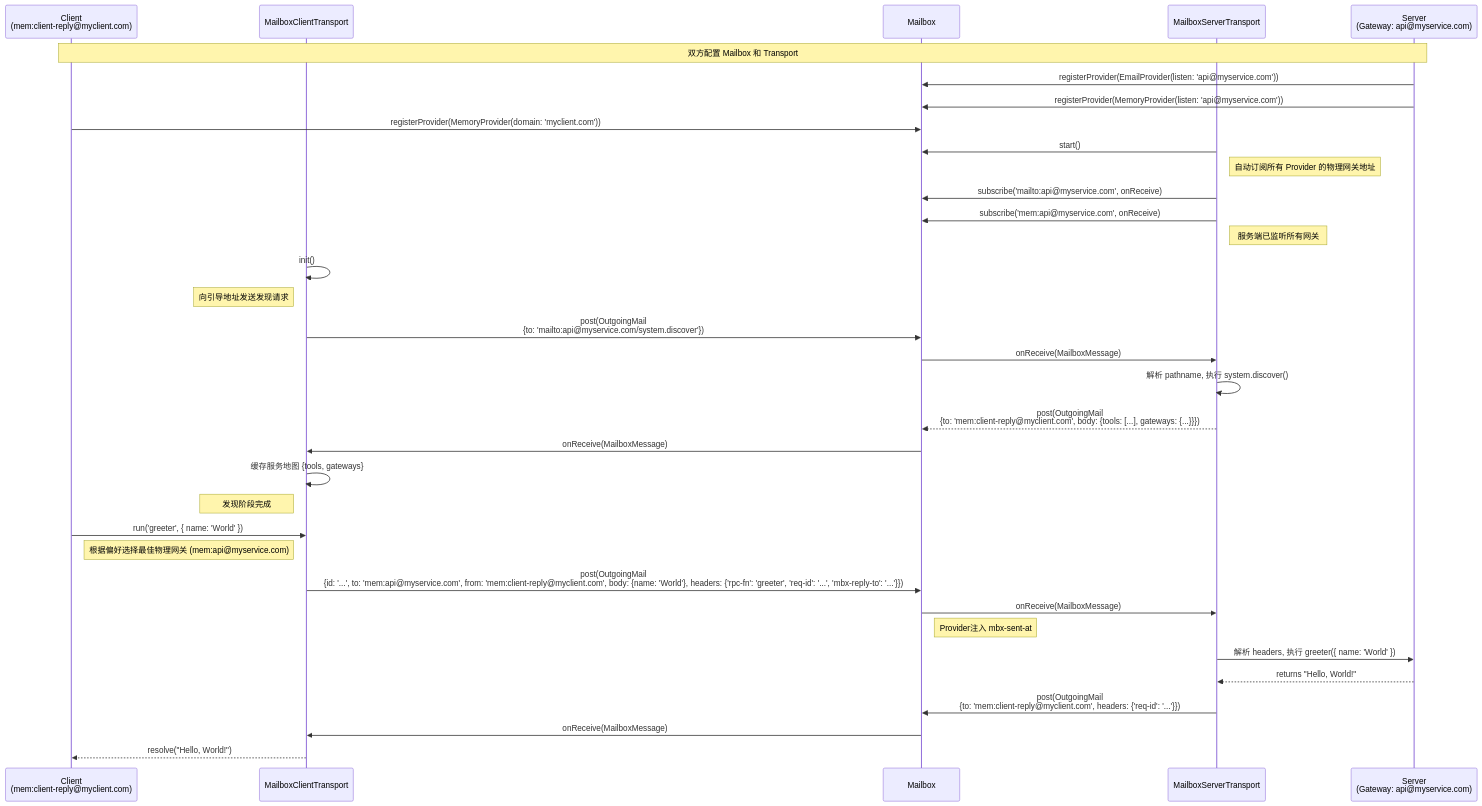
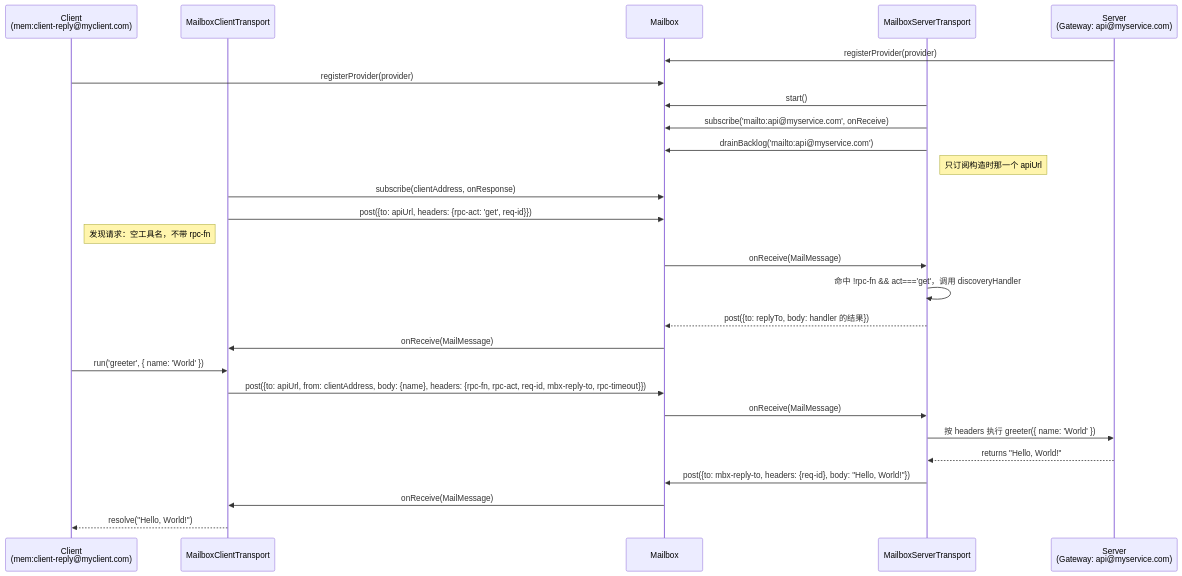
Before and after one commit to isdk/tool-rpc.js: the diagram in mailbox-tool-rpc-integration.md, drawn with Mermaid. The commit also changed other lines of this file and 2 other files, not shown here.

First line of the commit message:
docs(transports): sync the mailbox guide with the code, keep unimplemented designs as design items

````diff
--- a/mailbox-tool-rpc-integration.md
+++ b/mailbox-tool-rpc-integration.md
@@ -380,47 +195,34 @@
 ```mermaid
 sequenceDiagram
     participant Client as Client<br>(mem:client-reply@myclient.com)
     participant C_Transport as MailboxClientTransport
     participant Mailbox
     participant S_Transport as MailboxServerTransport
     participant Server as Server<br>(Gateway: api@myservice.com)
 
-    %% Configuration Phase
-    note over Client,Server: 双方配置 Mailbox 和 Transport
-    Server->>Mailbox: registerProvider(EmailProvider(listen: 'api@myservice.com'))
-    Server->>Mailbox: registerProvider(MemoryProvider(listen: 'api@myservice.com'))
-    Client->>Mailbox: registerProvider(MemoryProvider(domain: 'myclient.com'))
+    Server->>Mailbox: registerProvider(provider)
+    Client->>Mailbox: registerProvider(provider)
 
-    %% Server Start & Gateway Subscription
     S_Transport->>Mailbox: start()
-    note right of S_Transport: 自动订阅所有 Provider 的物理网关地址
     S_Transport->>Mailbox: subscribe('mailto:api@myservice.com', onReceive)
-    S_Transport->>Mailbox: subscribe('mem:api@myservice.com', onReceive)
-    note right of S_Transport: 服务端已监听所有网关
+    S_Transport->>Mailbox: drainBacklog('mailto:api@myservice.com')
+    note right of S_Transport: 只订阅构造时那一个 apiUrl
 
-    %% Client Init & Discovery Phase
-    C_Transport->>C_Transport: init()
-    note left of C_Transport: 向引导地址发送发现请求
-    C_Transport->>Mailbox: post(OutgoingMail<br>{to: 'mailto:api@myservice.com/system.discover'})
-    Mailbox->>S_Transport: onReceive(MailboxMessage)
-    S_Transport->>S_Transport: 解析 pathname, 执行 system.discover()
-    S_Transport-->>Mailbox: post(OutgoingMail<br>{to: 'mem:client-reply@myclient.com', body: {tools: [...], gateways: {...}}})
-    Mailbox->>C_Transport: onReceive(MailboxMessage)
-    C_Transport->>C_Transport: 缓存服务地图 {tools, gateways}
-    note left of C_Transport: 发现阶段完成
+    C_Transport->>Mailbox: subscribe(clientAddress, onResponse)
+    C_Transport->>Mailbox: post({to: apiUrl, headers: {rpc-act: 'get', req-id}})
+    note left of C_Transport: 发现请求：空工具名，不带 rpc-fn
+    Mailbox->>S_Transport: onReceive(MailMessage)
+    S_Transport->>S_Transport: 命中 !rpc-fn && act==='get'，调用 discoveryHandler
+    S_Transport-->>Mailbox: post({to: replyTo, body: handler 的结果})
+    Mailbox->>C_Transport: onReceive(MailMessage)
 
-    %% Invocation Phase (e.g., greeter tool)
     Client->>C_Transport: run('greeter', { name: 'World' })
-    note left of C_Transport: 根据偏好选择最佳物理网关 (mem:api@myservice.com)
-    C_Transport->>Mailbox: post(OutgoingMail<br>{id: '...', to: 'mem:api@myservice.com', from: 'mem:client-reply@myclient.com', body: {name: 'World'}, headers: {'rpc-fn': 'greeter', 'req-id': '...', 'mbx-reply-to': '...'}})
-
-    Mailbox->>S_Transport: onReceive(MailboxMessage)
-    note right of Mailbox: Provider注入 mbx-sent-at
-    S_Transport->>Server: 解析 headers, 执行 greeter({ name: 'World' })
+    C_Transport->>Mailbox: post({to: apiUrl, from: clientAddress, body: {name}, headers: {rpc-fn, rpc-act, req-id, mbx-reply-to, rpc-timeout}})
+    Mailbox->>S_Transport: onReceive(MailMessage)
+    S_Transport->>Server: 按 headers 执行 greeter({ name: 'World' })
     Server-->>S_Transport: returns "Hello, World!"
 
-    %% Response Phase
-    S_Transport->>Mailbox: post(OutgoingMail<br>{to: 'mem:client-reply@myclient.com', headers: {'req-id': '...'}})
-    Mailbox->>C_Transport: onReceive(MailboxMessage)
+    S_Transport->>Mailbox: post({to: mbx-reply-to, headers: {req-id}, body: "Hello, World!"})
+    Mailbox->>C_Transport: onReceive(MailMessage)
     C_Transport-->>Client: resolve("Hello, World!")
 ```
````
